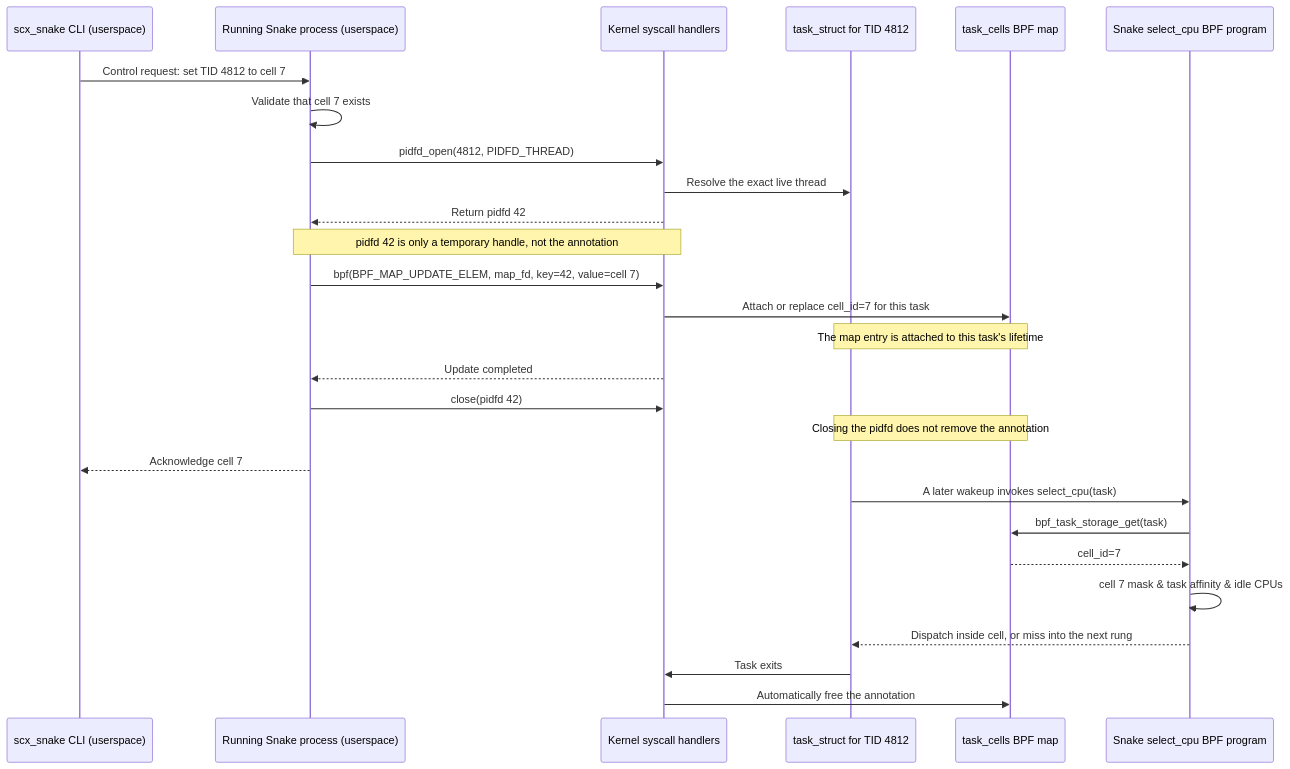
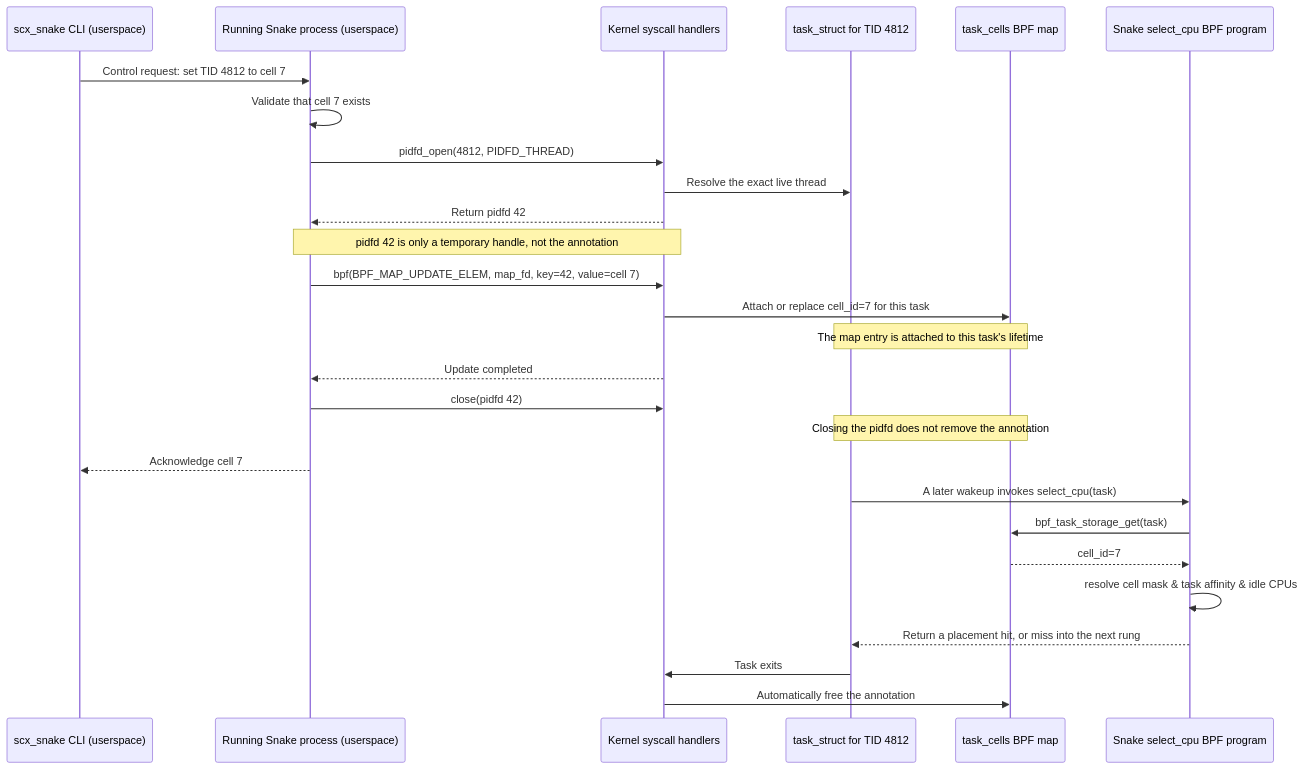
The diagram in scheds/rust/scx_snake/docs/CELL_POLICY.md (tommy-u/scx), drawn with Mermaid before and after one commit. The commit also changed other lines of this file and 9 other files, not shown here.

````diff
--- a/scheds/rust/scx_snake/docs/CELL_POLICY.md
+++ b/scheds/rust/scx_snake/docs/CELL_POLICY.md
@@ -9,31 +19,31 @@
 ```mermaid
 sequenceDiagram
     participant CLI as scx_snake CLI (userspace)
     participant Snake as Running Snake process (userspace)
     participant Kernel as Kernel syscall handlers
     participant Task as task_struct for TID 4812
     participant Store as task_cells BPF map
     participant BPF as Snake select_cpu BPF program
 
     CLI->>Snake: Control request: set TID 4812 to cell 7
     Snake->>Snake: Validate that cell 7 exists
     Snake->>Kernel: pidfd_open(4812, PIDFD_THREAD)
     Kernel->>Task: Resolve the exact live thread
     Kernel-->>Snake: Return pidfd 42
     Note over Snake,Kernel: pidfd 42 is only a temporary handle, not the annotation
     Snake->>Kernel: bpf(BPF_MAP_UPDATE_ELEM, map_fd, key=42, value=cell 7)
     Kernel->>Store: Attach or replace cell_id=7 for this task
     Note over Task,Store: The map entry is attached to this task's lifetime
     Kernel-->>Snake: Update completed
     Snake->>Kernel: close(pidfd 42)
     Note over Task,Store: Closing the pidfd does not remove the annotation
     Snake-->>CLI: Acknowledge cell 7
 
     Task->>BPF: A later wakeup invokes select_cpu(task)
     BPF->>Store: bpf_task_storage_get(task)
     Store-->>BPF: cell_id=7
-    BPF->>BPF: cell 7 mask & task affinity & idle CPUs
-    BPF-->>Task: Dispatch inside cell, or miss into the next rung
+    BPF->>BPF: resolve cell mask & task affinity & idle CPUs
+    BPF-->>Task: Return a placement hit, or miss into the next rung
     Task->>Kernel: Task exits
     Kernel->>Store: Automatically free the annotation
 ```
````
